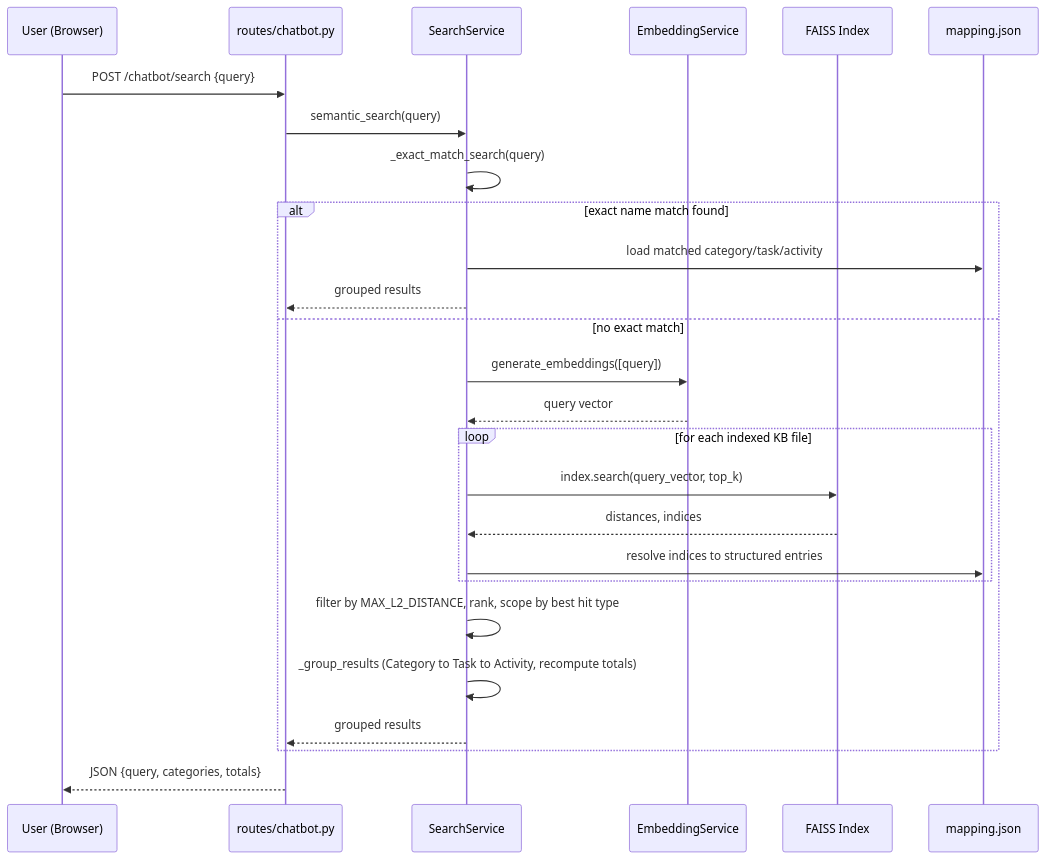
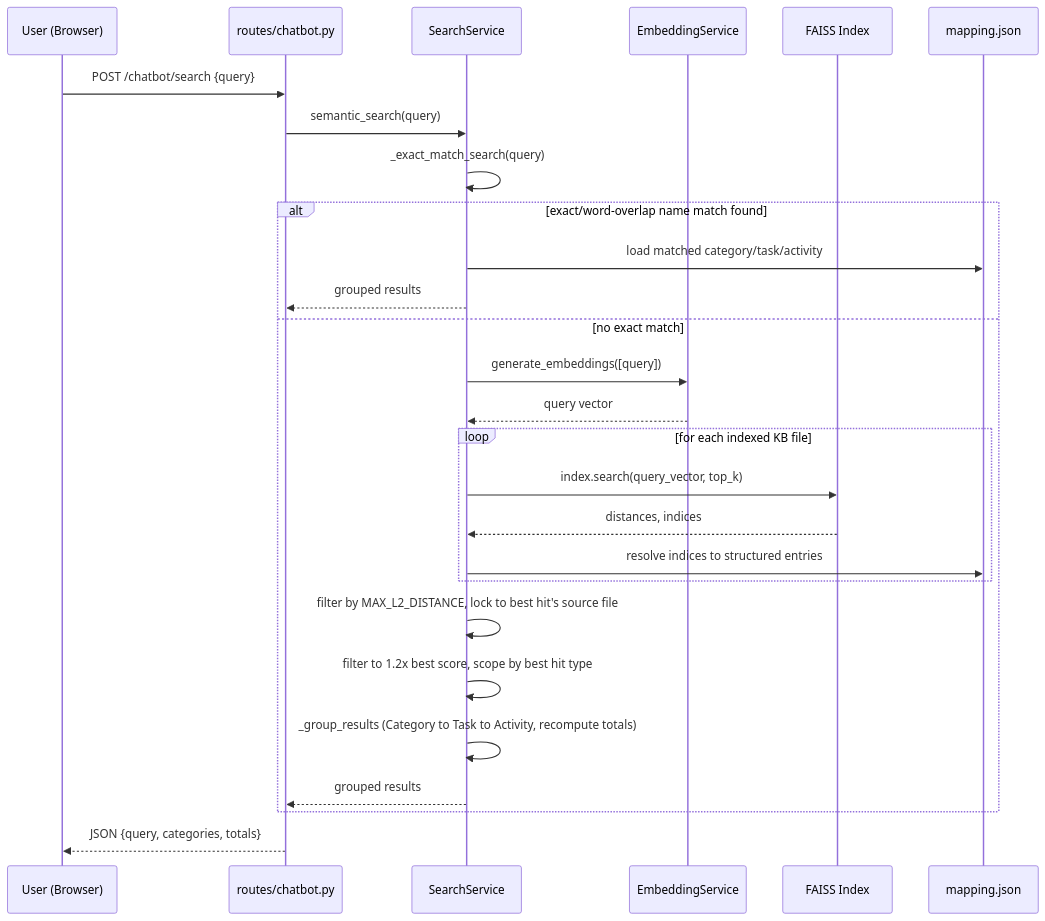
Before and after one commit to nhlynn/manhour-prediction: the third of 5 diagrams in docs/ARCHITECTURE.md, drawn with Mermaid. The commit also changed other lines of this file and 20 other files, not shown here.

````diff
--- a/docs/ARCHITECTURE.md
+++ b/docs/ARCHITECTURE.md
@@ -199,29 +278,30 @@
 ```mermaid
 sequenceDiagram
     participant U as User (Browser)
     participant R as routes/chatbot.py
     participant SS as SearchService
     participant ES as EmbeddingService
     participant FAISS as FAISS Index
     participant MAP as mapping.json
 
     U->>R: POST /chatbot/search {query}
     R->>SS: semantic_search(query)
     SS->>SS: _exact_match_search(query)
-    alt exact name match found
+    alt exact/word-overlap name match found
         SS->>MAP: load matched category/task/activity
         SS-->>R: grouped results
     else no exact match
         SS->>ES: generate_embeddings([query])
         ES-->>SS: query vector
         loop for each indexed KB file
             SS->>FAISS: index.search(query_vector, top_k)
             FAISS-->>SS: distances, indices
             SS->>MAP: resolve indices to structured entries
         end
-        SS->>SS: filter by MAX_L2_DISTANCE, rank, scope by best hit type
+        SS->>SS: filter by MAX_L2_DISTANCE, lock to best hit's source file
+        SS->>SS: filter to 1.2x best score, scope by best hit type
         SS->>SS: _group_results (Category to Task to Activity, recompute totals)
         SS-->>R: grouped results
     end
     R-->>U: JSON {query, categories, totals}
 ```
````
